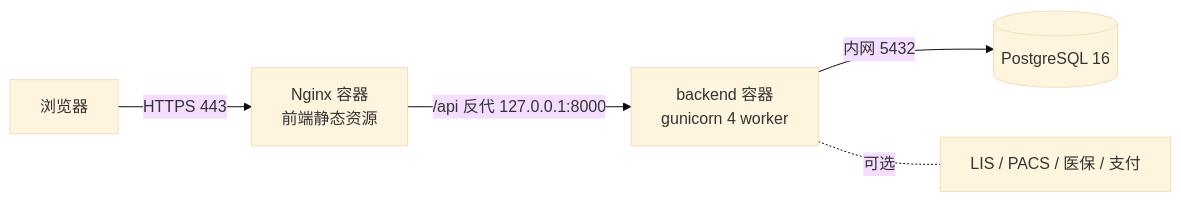
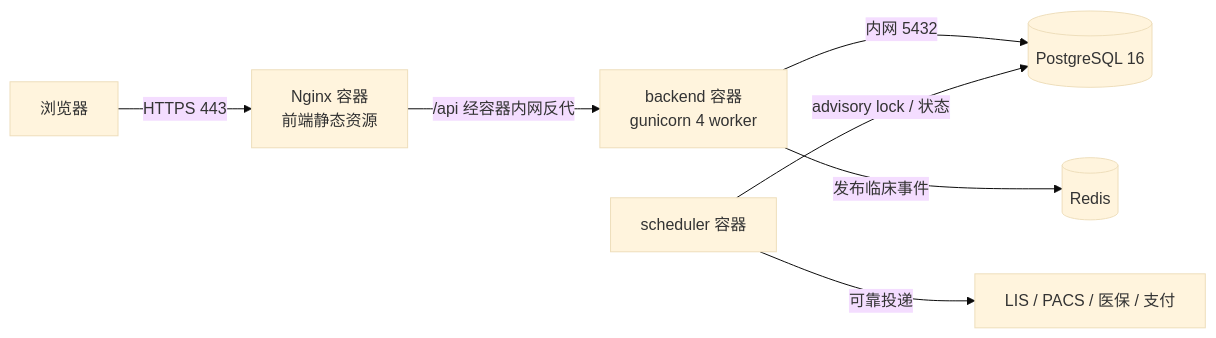
The diagram in doc/installation-guide.md (Palpitate-xus/hoimsystem), drawn with Mermaid (base theme) before and after one commit. The commit also changed other lines of this file and 17 other files, not shown here.

````diff
--- a/doc/installation-guide.md
+++ b/doc/installation-guide.md
@@ -10,7 +10,9 @@
 ```mermaid
 flowchart LR
     U[浏览器] -->|HTTPS 443| NG[Nginx 容器<br/>前端静态资源]
-    NG -->|/api 反代 127.0.0.1:8000| BE[backend 容器<br/>gunicorn 4 worker]
+    NG -->|/api 经容器内网反代| BE[backend 容器<br/>gunicorn 4 worker]
     BE -->|内网 5432| PG[(PostgreSQL 16)]
-    BE -.可选.- EXT[LIS / PACS / 医保 / 支付]
+    BE -->|发布临床事件| RD[(Redis)]
+    SC[scheduler 容器] -->|advisory lock / 状态| PG
+    SC -->|可靠投递| EXT[LIS / PACS / 医保 / 支付]
 ```
````
